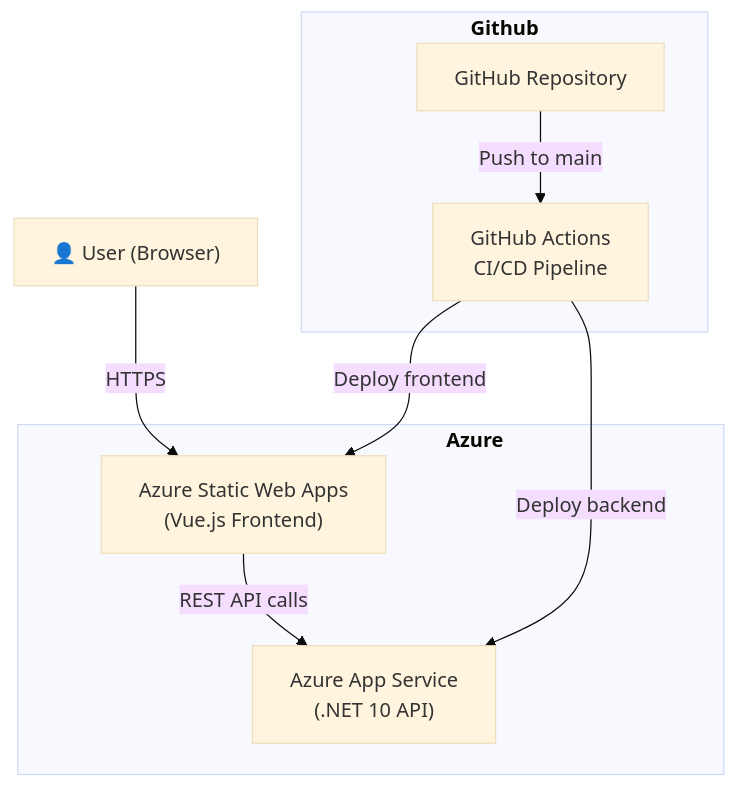
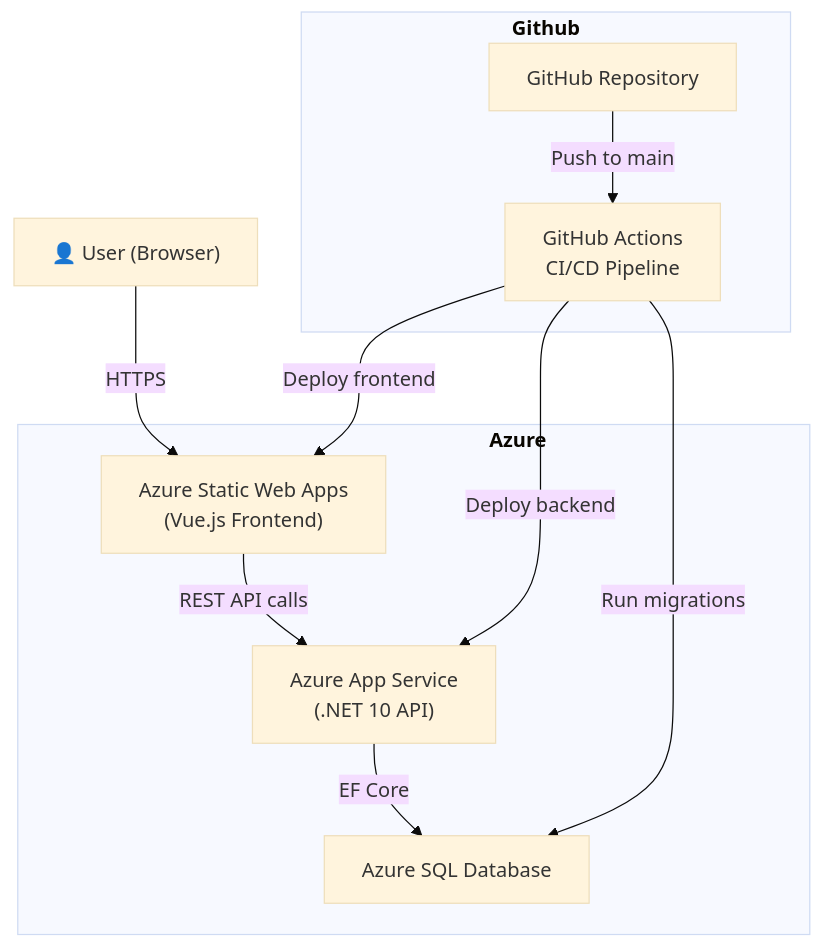
Before and after one commit to CDStLouis/BudgetTracker: the first of 3 diagrams in README.md, drawn with Mermaid (base theme). The commit also changed other lines of this file, not shown here.

First line of the commit message:
docs: Enhance README with database integration details

````diff
--- a/README.md
+++ b/README.md
@@ -25,20 +26,23 @@
 ```mermaid
 graph TD
     User["👤 User (Browser)"]
     
     subgraph Azure [&nbsp;&nbsp;&nbsp;&nbsp;&nbsp;&nbsp;&nbsp;&nbsp;&nbsp;&nbsp;&nbsp;&nbsp;&nbsp;&nbsp;&nbsp;&nbsp;&nbsp;&nbsp;&nbsp;&nbsp;&nbsp;&nbsp;&nbsp;&nbsp;&nbsp;&nbsp;&nbsp;&nbsp;&nbsp;&nbsp;&nbsp;&nbsp;&nbsp;&nbsp;&nbsp;&nbsp;&nbsp;&nbsp;&nbsp;&nbsp;<b>Azure</b>]
         Frontend["Azure Static Web Apps\n(Vue.js Frontend)"]
         Backend["Azure App Service\n(.NET 10 API)"]
+        Database["Azure SQL Database"]
     end
 
     subgraph GitHub [<b>Github</b>]
         Repo["GitHub Repository"]
         Actions["GitHub Actions\nCI/CD Pipeline"]
     end
 
     User -->|HTTPS| Frontend
     Frontend -->|REST API calls| Backend
+    Backend -->|EF Core| Database
     Repo -->|Push to main| Actions
     Actions -->|Deploy frontend| Frontend
     Actions -->|Deploy backend| Backend
+    Actions -->|Run migrations| Database
 ```
````
